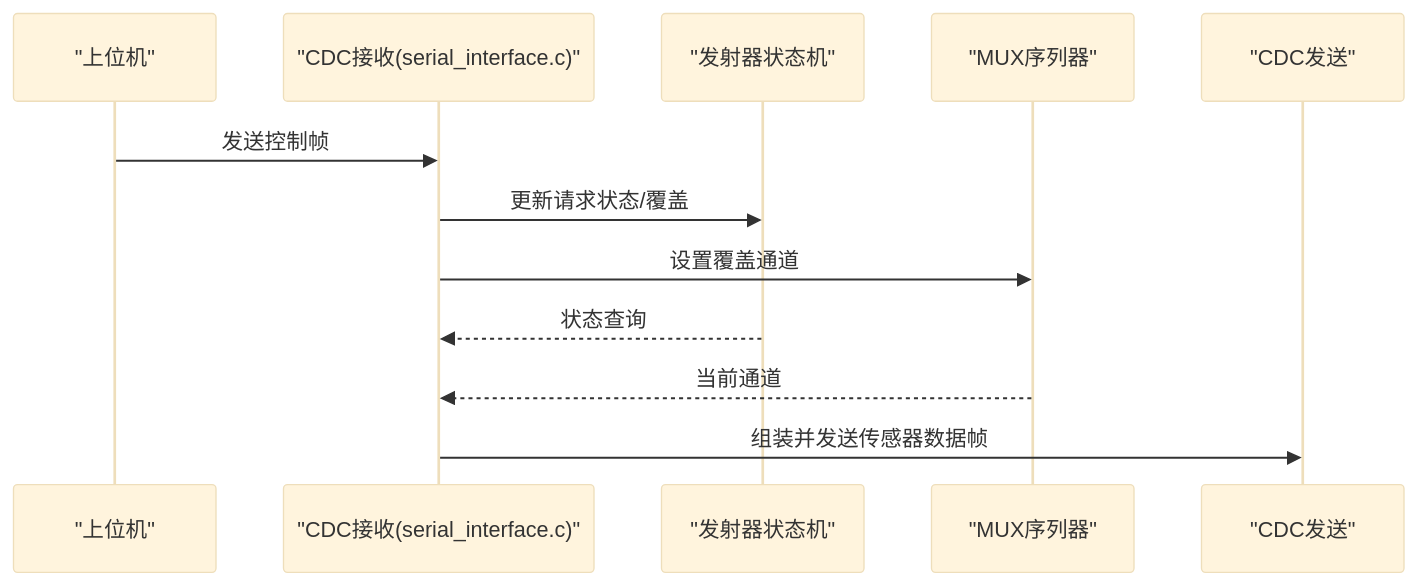
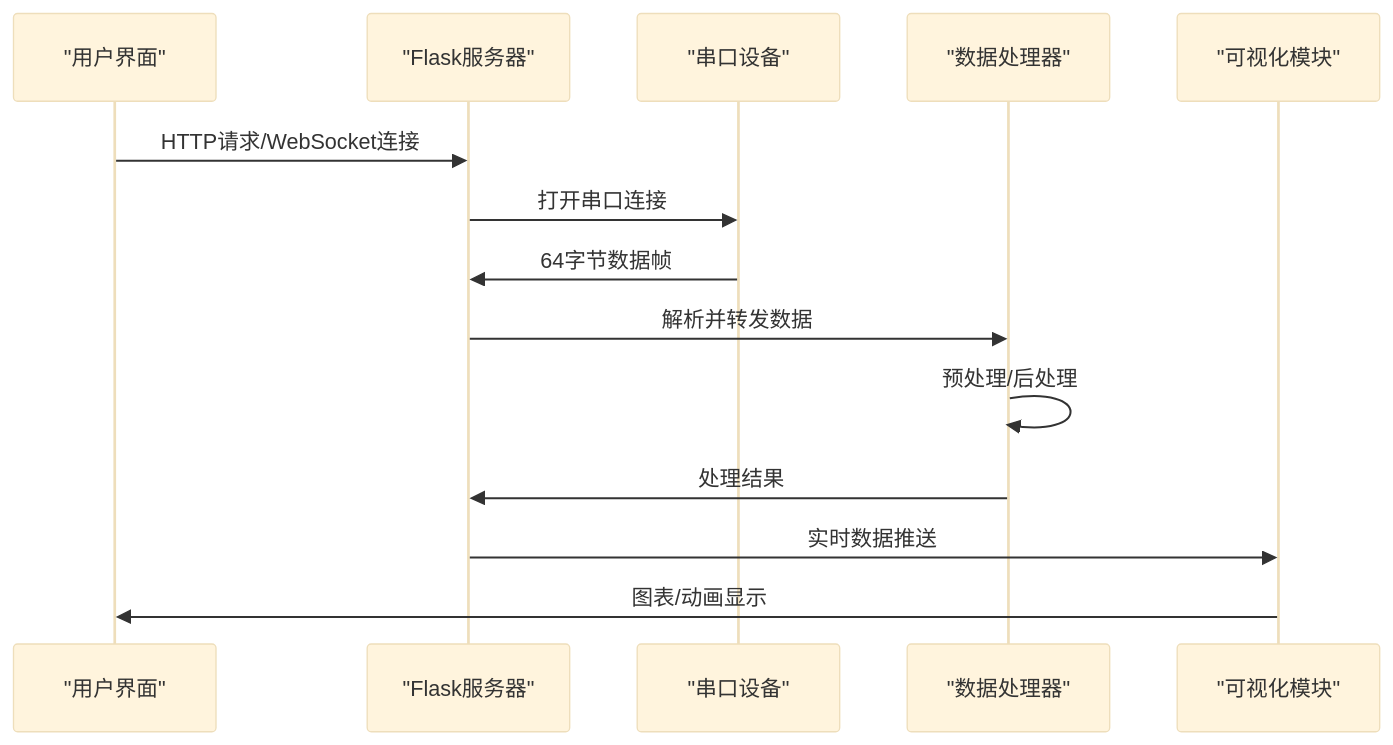
One commit to zhushizi/fNIRS-main changed the second of 3 diagrams in .qoder/repowiki/zh/content/固件开发/固件开发.md. Above: the diagram before and after it, drawn with Mermaid (base theme). The commit also changed other lines of this file and 28 other files, not shown here.

````diff
--- a/.qoder/repowiki/zh/content/固件开发/固件开发.md
+++ b/.qoder/repowiki/zh/content/固件开发/固件开发.md
@@ -229,14 +121,16 @@
 ```mermaid
 sequenceDiagram
-participant Host as "上位机"
-participant CDC as "CDC接收(serial_interface.c)"
-participant EMIT as "发射器状态机"
-participant MUX as "MUX序列器"
-participant TX as "CDC发送"
-Host->>CDC : 发送控制帧
-CDC->>EMIT : 更新请求状态/覆盖
-CDC->>MUX : 设置覆盖通道
-EMIT-->>CDC : 状态查询
-MUX-->>CDC : 当前通道
-CDC->>TX : 组装并发送传感器数据帧
+participant USER as "用户界面"
+participant SERVER as "Flask服务器"
+participant SERIAL as "串口设备"
+participant PROCESSOR as "数据处理器"
+participant VISUAL as "可视化模块"
+USER->>SERVER : HTTP请求/WebSocket连接
+SERVER->>SERIAL : 打开串口连接
+SERIAL->>SERVER : 64字节数据帧
+SERVER->>PROCESSOR : 解析并转发数据
+PROCESSOR->>PROCESSOR : 预处理/后处理
+PROCESSOR->>SERVER : 处理结果
+SERVER->>VISUAL : 实时数据推送
+VISUAL->>USER : 图表/动画显示
 ```
````
